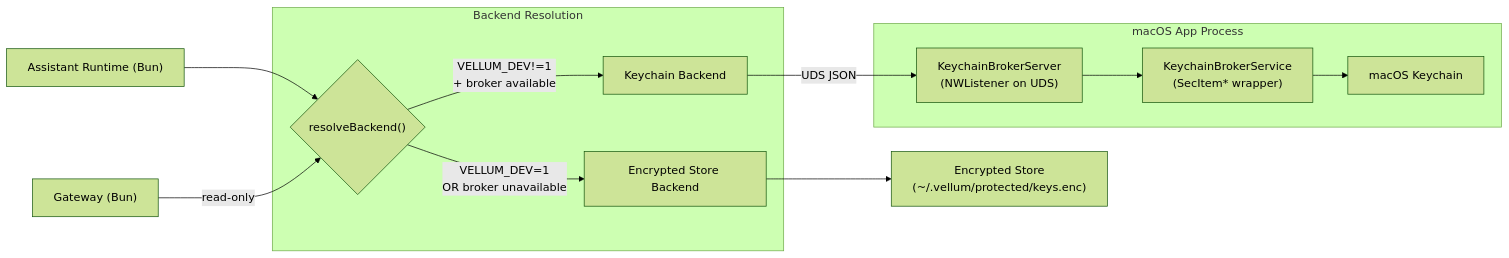
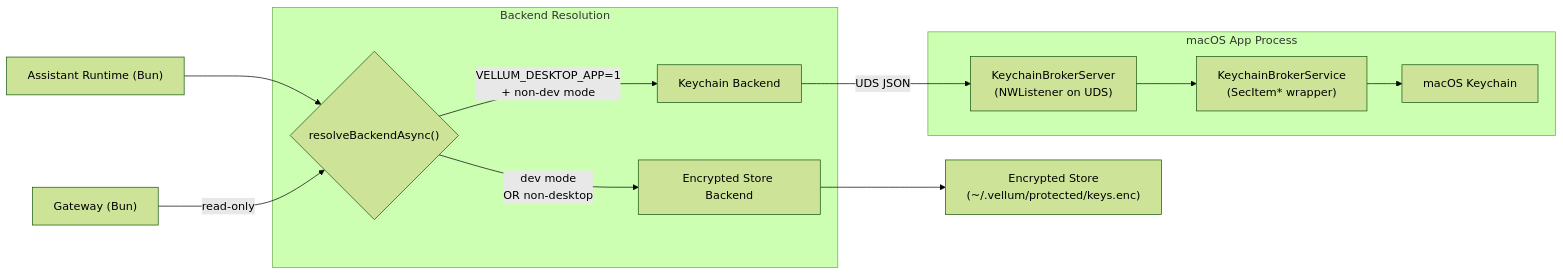
One commit to vellum-ai/vellum-assistant changed the diagram in assistant/docs/architecture/keychain-broker.md. Above: the diagram before and after it, drawn with Mermaid (forest theme). The commit also changed other lines of this file, not shown here.

Commit message:
docs: update keychain-broker architecture doc for single-backend changes

````diff
--- a/assistant/docs/architecture/keychain-broker.md
+++ b/assistant/docs/architecture/keychain-broker.md
@@ -40,23 +40,23 @@
 ```mermaid
 graph LR
     subgraph "macOS App Process"
         SERVER["KeychainBrokerServer<br/>(NWListener on UDS)"]
         SERVICE["KeychainBrokerService<br/>(SecItem* wrapper)"]
         SERVER --> SERVICE
         SERVICE --> KC["macOS Keychain"]
     end
 
     subgraph "Backend Resolution"
-        RESOLVE{"resolveBackend()"}
+        RESOLVE{"resolveBackendAsync()"}
         KB["Keychain Backend"]
         EB["Encrypted Store Backend"]
-        RESOLVE -->|"VELLUM_DEV!=1<br/>+ broker available"| KB
-        RESOLVE -->|"VELLUM_DEV=1<br/>OR broker unavailable"| EB
+        RESOLVE -->|"VELLUM_DESKTOP_APP=1<br/>+ non-dev mode"| KB
+        RESOLVE -->|"dev mode<br/>OR non-desktop"| EB
     end
 
     KB -->|"UDS JSON"| SERVER
     RUNTIME["Assistant Runtime (Bun)"] --> RESOLVE
     GATEWAY["Gateway (Bun)"] -->|"read-only"| RESOLVE
 
     EB --> ENC["Encrypted Store<br/>(~/.vellum/protected/keys.enc)"]
 ```
````
